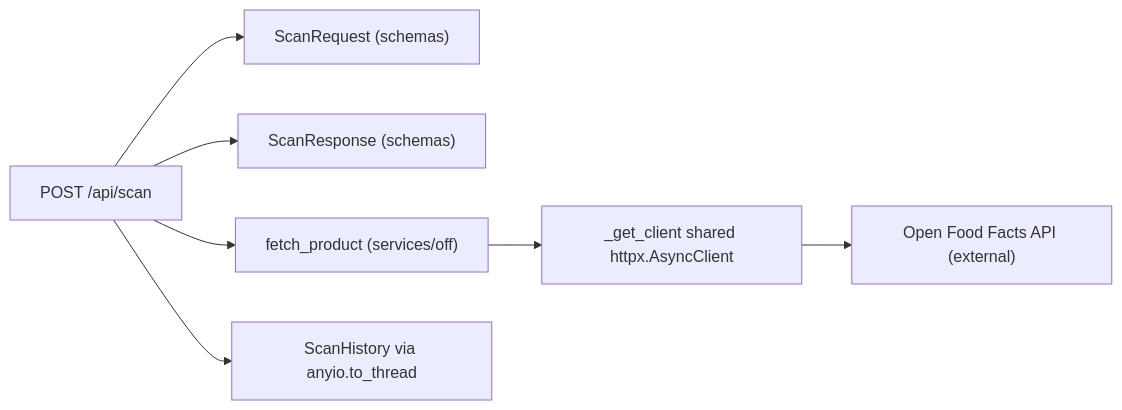
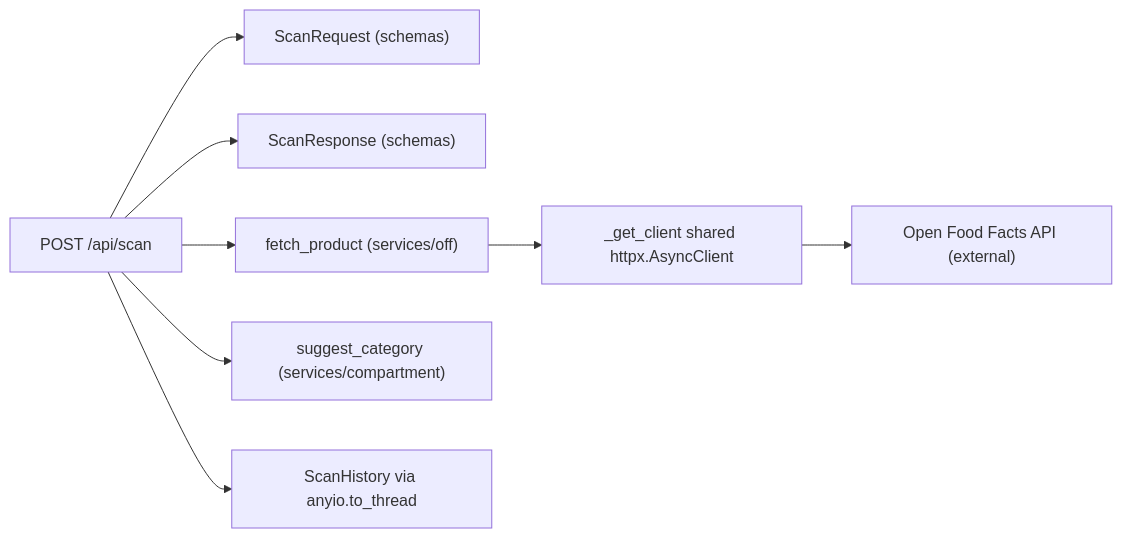
The first of 2 diagrams in wiki/modules/backend-routes-scan.md (lorecanc/dispensapp), drawn with Mermaid before and after one commit. The commit also changed other lines of this file and 33 other files, not shown here.

````diff
--- a/wiki/modules/backend-routes-scan.md
+++ b/wiki/modules/backend-routes-scan.md
@@ -58,9 +83,10 @@
 ```mermaid
 graph LR
     ScanRoute["POST /api/scan"] --> ScanRequest["ScanRequest (schemas)"]
     ScanRoute --> ScanResponse["ScanResponse (schemas)"]
     ScanRoute --> fetch_product["fetch_product (services/off)"]
     fetch_product --> SharedClient["_get_client shared httpx.AsyncClient"]
     SharedClient --> OFF["Open Food Facts API (external)"]
+    ScanRoute --> suggest_category["suggest_category (services/compartment)"]
     ScanRoute --> ScanHistory["ScanHistory via anyio.to_thread"]
 ```
````
